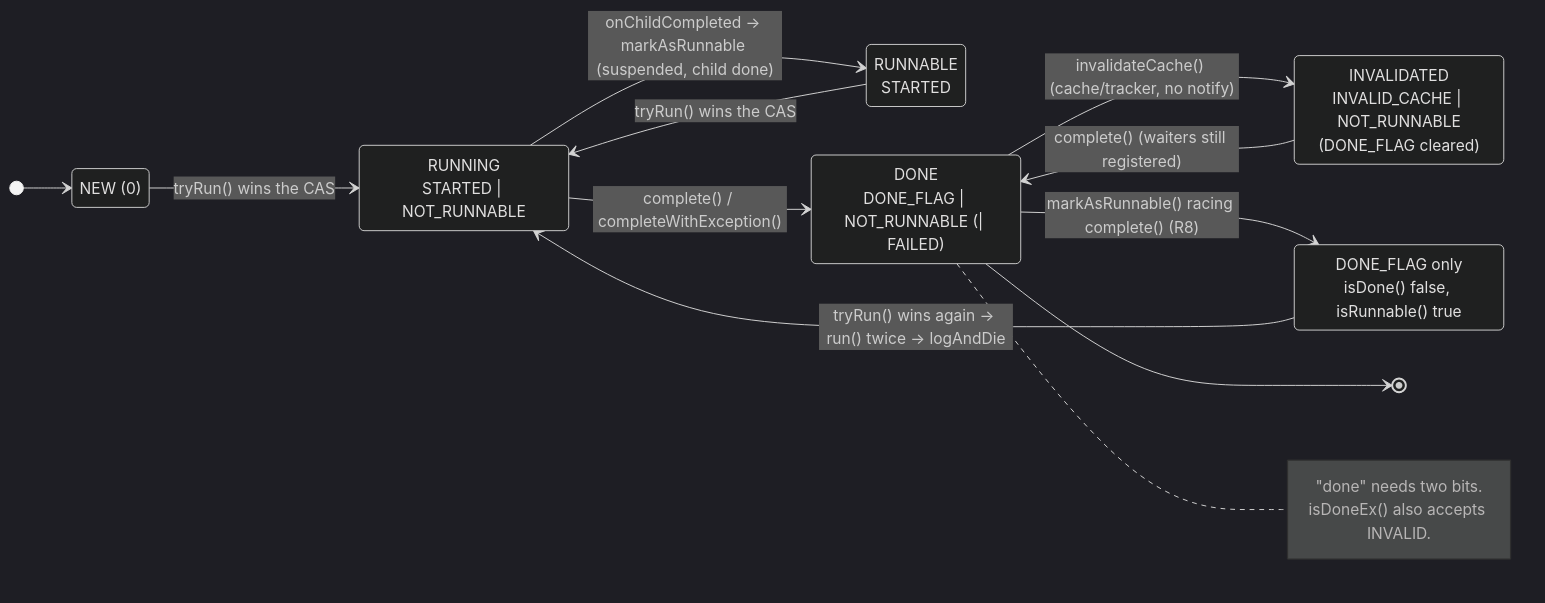
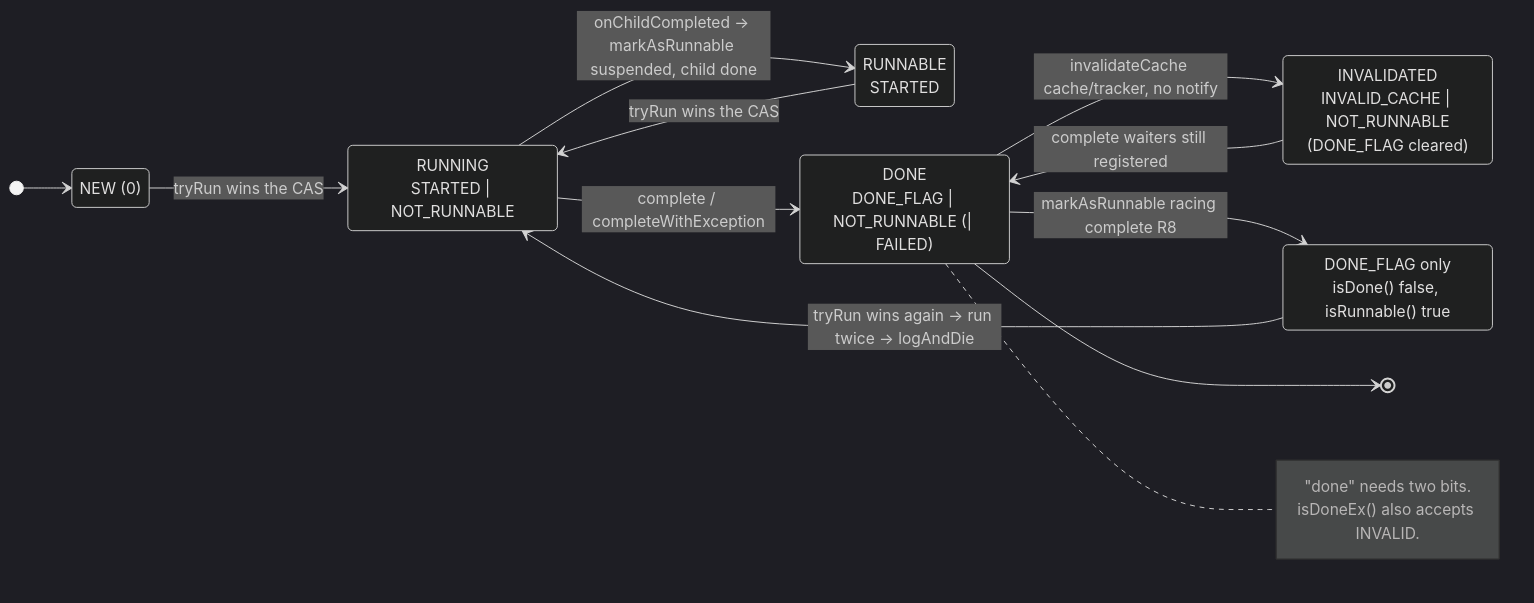
Before and after one commit to retronym/optimus-cirrus: the first of 6 diagrams in FIELD_GUIDE.md, drawn with Mermaid (dark theme). The commit also changed other lines of this file and 2 other files, not shown here.

Commit message:
Diagrams: sanitise state-transition labels for mermaid

````diff
--- a/FIELD_GUIDE.md
+++ b/FIELD_GUIDE.md
@@ -60,25 +60,25 @@
 ```mermaid
 stateDiagram-v2
     direction LR
     NEW: NEW (0)
     RUNNABLE: RUNNABLE<br/>STARTED
     RUNNING: RUNNING<br/>STARTED | NOT_RUNNABLE
     DONE: DONE<br/>DONE_FLAG | NOT_RUNNABLE (| FAILED)
     INVALID: INVALIDATED<br/>INVALID_CACHE | NOT_RUNNABLE<br/>(DONE_FLAG cleared)
     HALF: DONE_FLAG only<br/>isDone() false, isRunnable() true
 
     [*] --> NEW
-    NEW --> RUNNING: tryRun() wins the CAS
-    RUNNABLE --> RUNNING: tryRun() wins the CAS
-    RUNNING --> RUNNABLE: onChildCompleted → markAsRunnable (suspended, child done)
-    RUNNING --> DONE: complete() / completeWithException()
-    DONE --> INVALID: invalidateCache() (cache/tracker, no notify)
-    INVALID --> DONE: complete() (waiters still registered)
-    DONE --> HALF: markAsRunnable() racing complete() (R8)
-    HALF --> RUNNING: tryRun() wins again → run() twice → logAndDie
+    NEW --> RUNNING: tryRun wins the CAS
+    RUNNABLE --> RUNNING: tryRun wins the CAS
+    RUNNING --> RUNNABLE: onChildCompleted → markAsRunnable suspended, child done
+    RUNNING --> DONE: complete / completeWithException
+    DONE --> INVALID: invalidateCache cache/tracker, no notify
+    INVALID --> DONE: complete waiters still registered
+    DONE --> HALF: markAsRunnable racing complete R8
+    HALF --> RUNNING: tryRun wins again → run twice → logAndDie
     DONE --> [*]
     note right of DONE
         "done" needs two bits.
         isDoneEx() also accepts INVALID.
     end note
 ```
````
